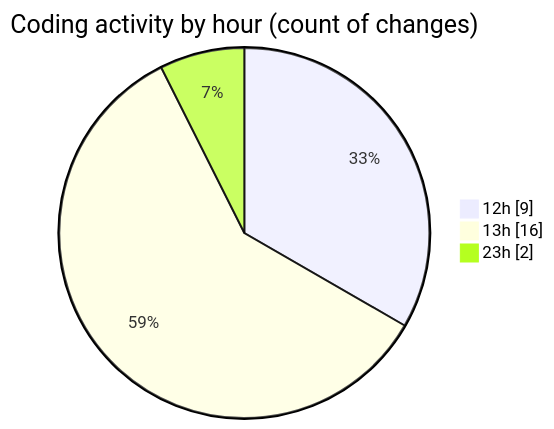
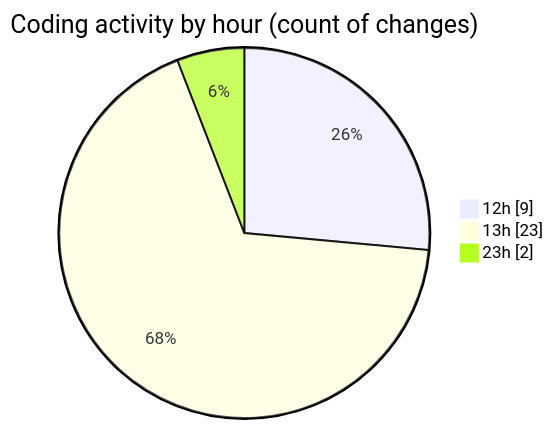
One commit to Elitesun/code-tracking changed the second of 2 diagrams in 2025-03-29/binarysec/README.md. Above: the diagram before and after it, drawn with Mermaid. The commit also changed other lines of this file and 1 other file, not shown here.

````diff
--- a/2025-03-29/binarysec/README.md
+++ b/2025-03-29/binarysec/README.md
@@ -40,7 +42,7 @@
 ```mermaid
 pie showData
 title Coding activity by hour (count of changes)
 "12h" : 9
-"13h" : 16
+"13h" : 23
 "23h" : 2
 ```
````
